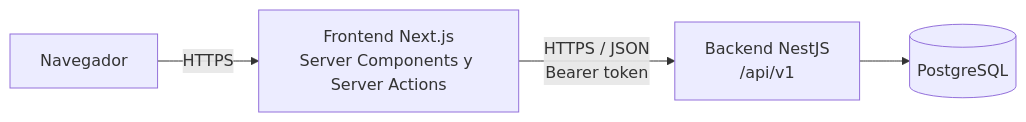
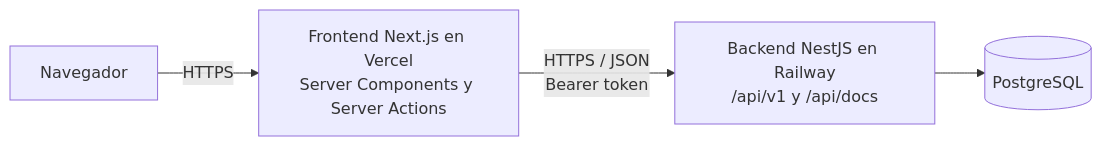
Before and after one commit to CarlosRubio637/Placeholder_Proyecto1_Backend: the first of 2 diagrams in docs/02-arquitectura.md, drawn with Mermaid. The commit also changed other lines of this file and 5 other files, not shown here.

````diff
--- a/docs/02-arquitectura.md
+++ b/docs/02-arquitectura.md
@@ -7,6 +5,6 @@
 ```mermaid
 flowchart LR
-    U[Navegador] -->|HTTPS| FE[Frontend Next.js<br/>Server Components y Server Actions]
-    FE -->|HTTPS / JSON<br/>Bearer token| BE[Backend NestJS<br/>/api/v1]
+    U[Navegador] -->|HTTPS| FE[Frontend Next.js en Vercel<br/>Server Components y Server Actions]
+    FE -->|HTTPS / JSON<br/>Bearer token| BE[Backend NestJS en Railway<br/>/api/v1 y /api/docs]
     BE --> DB[(PostgreSQL)]
 ```
````
